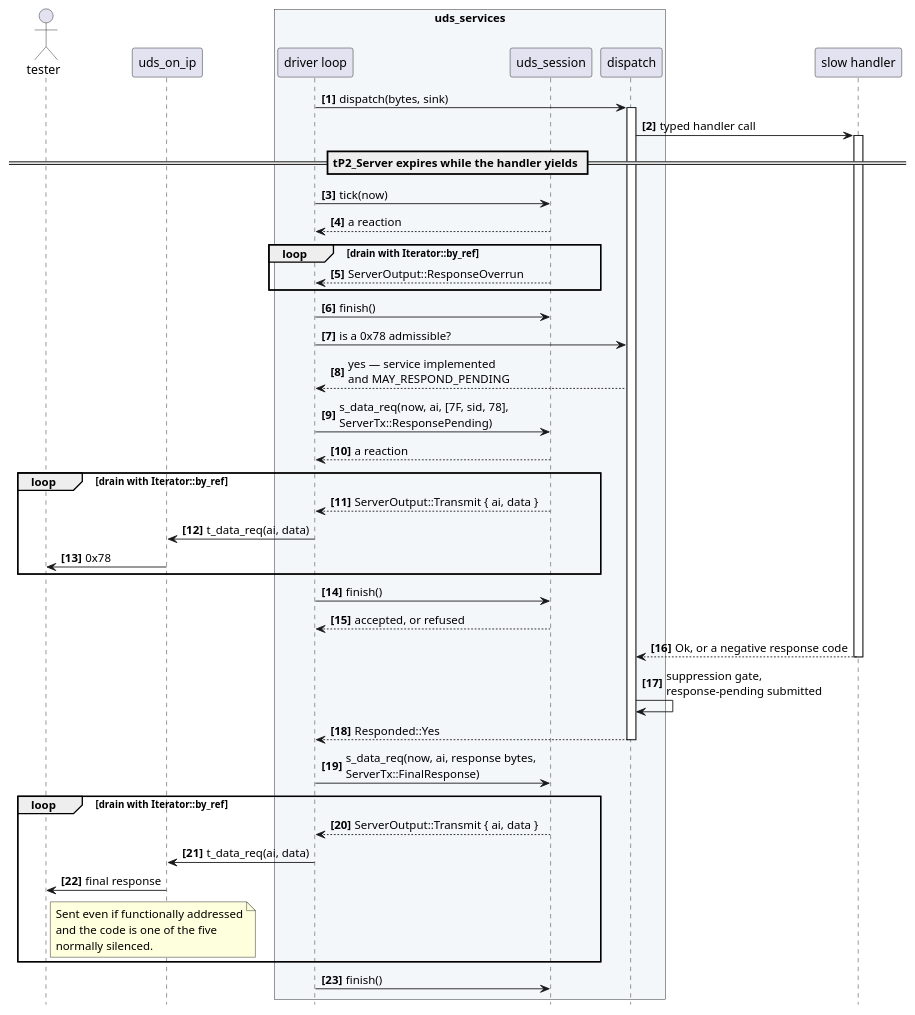
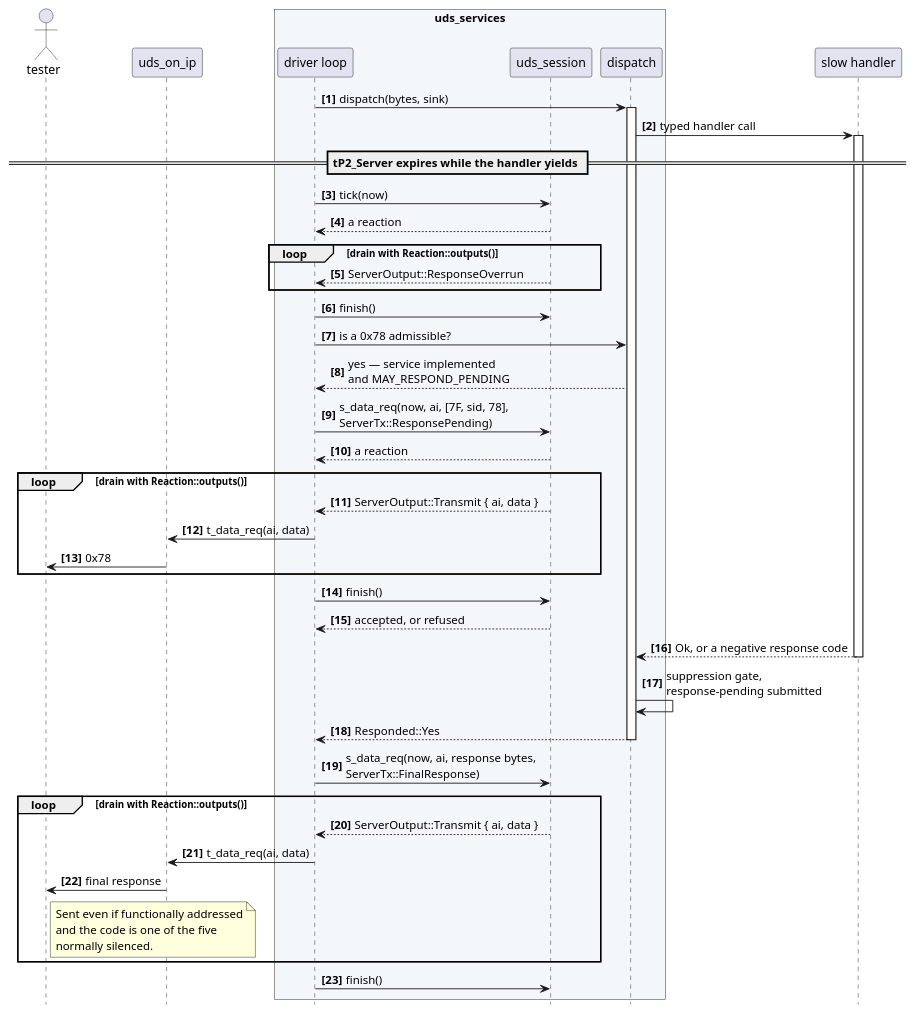
The diagram in docs/architecture/not-owned.rst (luminartech/uds_stack), drawn with PlantUML before and after one commit. The commit also changed other lines of this file and 68 other files, not shown here.

```diff
--- a/docs/architecture/not-owned.rst
+++ b/docs/architecture/not-owned.rst
@@ -82,61 +82,61 @@
 .. uml::
    :align: center
    :caption: A handler that outruns ``tP2_Server``. The handler yielding is what lets the
              driver observe the overrun at all.
 
    @startuml
    autonumber "<b>[0]"
    hide footbox
 
    actor tester as T
    participant "uds_on_ip" as I
    box "uds_services" #F4F7FA
      participant "driver loop" as L
      participant "uds_session" as S
      participant "dispatch" as V
    end box
    participant "slow handler" as H
 
    L -> V : dispatch(bytes, sink)
    activate V
    V -> H : typed handler call
    activate H
 
    == tP2_Server expires while the handler yields ==
 
    L -> S : tick(now)
    S --> L : a reaction
-   loop drain with Iterator::by_ref
+   loop drain with Reaction::outputs()
      S --> L : ServerOutput::ResponseOverrun
    end
    L -> S : finish()
    L -> V : is a 0x78 admissible?
    V --> L : yes — service implemented\nand MAY_RESPOND_PENDING
    L -> S : s_data_req(now, ai, [7F, sid, 78],\nServerTx::ResponsePending)
    S --> L : a reaction
-   loop drain with Iterator::by_ref
+   loop drain with Reaction::outputs()
      S --> L : ServerOutput::Transmit { ai, data }
      L -> I : t_data_req(ai, data)
      I -> T : 0x78
    end
    L -> S : finish()
    S --> L : accepted, or refused
 
    H --> V : Ok, or a negative response code
    deactivate H
    V -> V : suppression gate,\nresponse-pending submitted
    V --> L : Responded::Yes
    deactivate V
    L -> S : s_data_req(now, ai, response bytes,\nServerTx::FinalResponse)
-   loop drain with Iterator::by_ref
+   loop drain with Reaction::outputs()
      S --> L : ServerOutput::Transmit { ai, data }
      L -> I : t_data_req(ai, data)
      I -> T : final response
      note right of T
        Sent even if functionally addressed
        and the code is one of the five
        normally silenced.
      end note
    end
    L -> S : finish()
    @enduml
```
